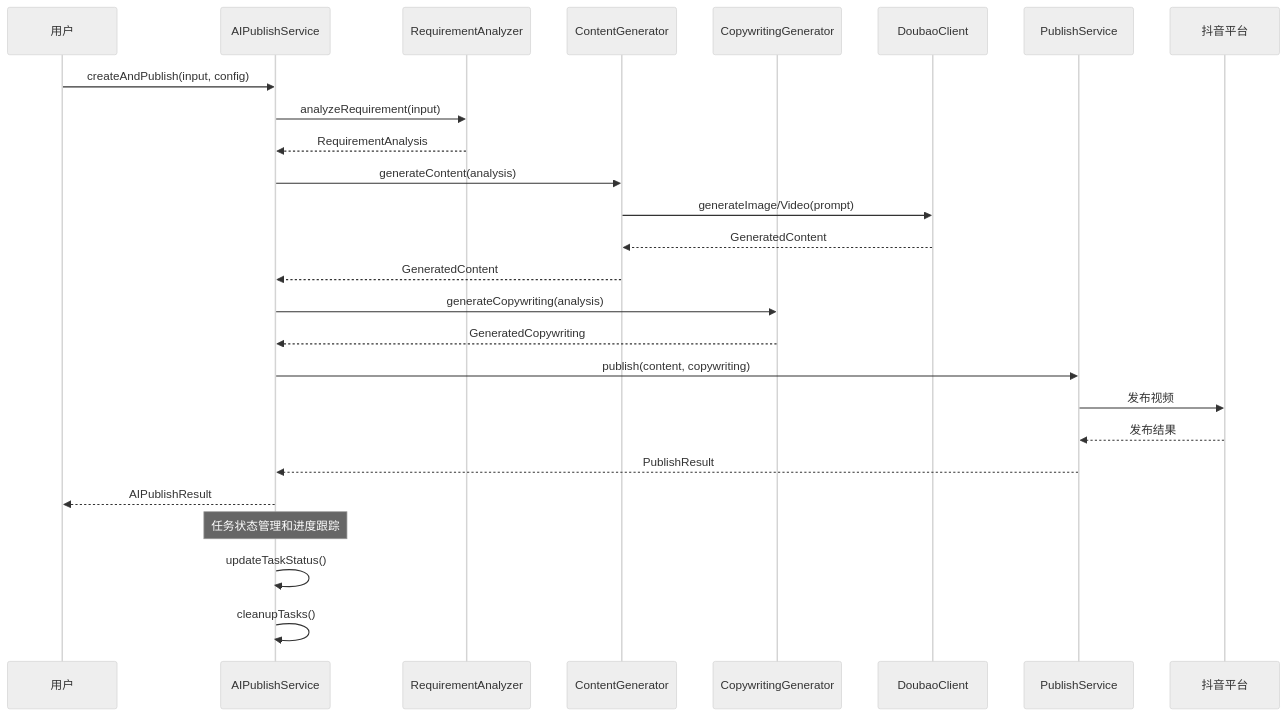
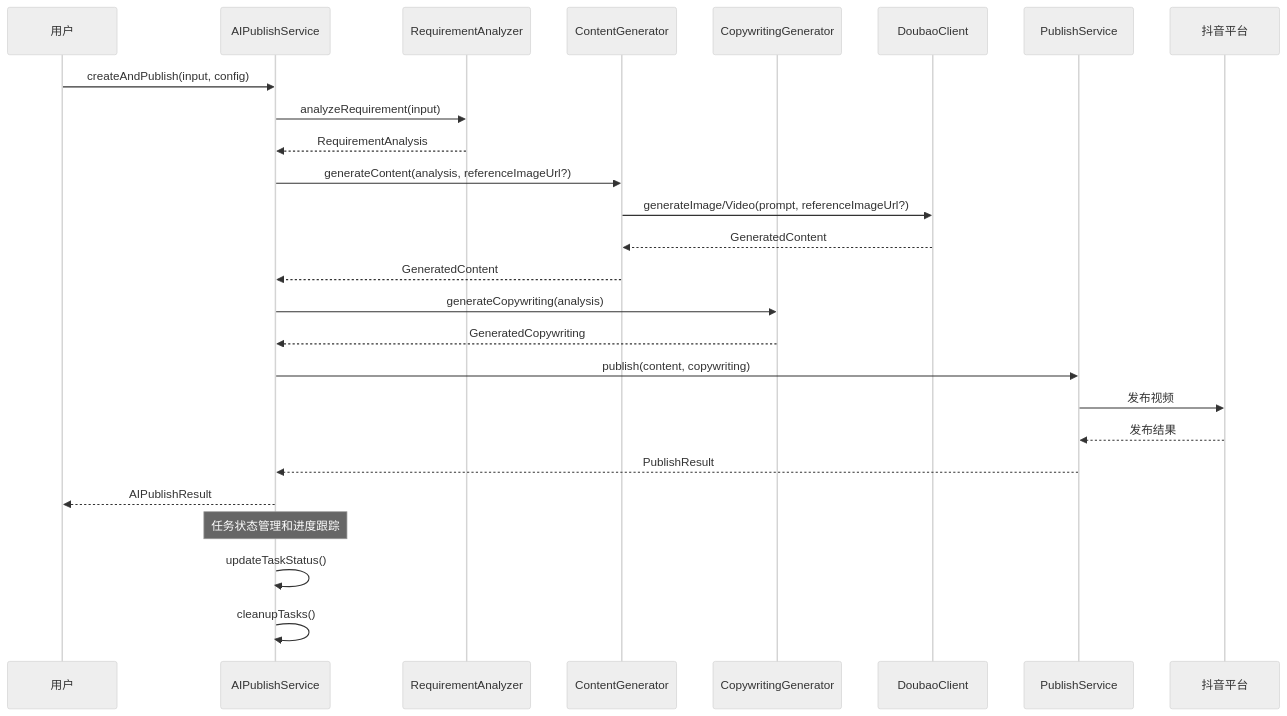
The eighth of 14 diagrams in .qoder/repowiki/zh/content/API客户端增强.md (songdiyang/clawOperations), drawn with Mermaid (neutral theme) before and after one commit. The commit also changed other lines of this file and 7 other files, not shown here.

````diff
--- a/.qoder/repowiki/zh/content/API客户端增强.md
+++ b/.qoder/repowiki/zh/content/API客户端增强.md
@@ -367,28 +391,28 @@
 ```mermaid
 sequenceDiagram
 participant User as 用户
 participant AI as AIPublishService
 participant Analyzer as RequirementAnalyzer
 participant Generator as ContentGenerator
 participant Copywriter as CopywritingGenerator
 participant Doubao as DoubaoClient
 participant Publisher as PublishService
 participant Douyin as 抖音平台
 User->>AI : createAndPublish(input, config)
 AI->>Analyzer : analyzeRequirement(input)
 Analyzer-->>AI : RequirementAnalysis
-AI->>Generator : generateContent(analysis)
-Generator->>Doubao : generateImage/Video(prompt)
+AI->>Generator : generateContent(analysis, referenceImageUrl?)
+Generator->>Doubao : generateImage/Video(prompt, referenceImageUrl?)
 Doubao-->>Generator : GeneratedContent
 Generator-->>AI : GeneratedContent
 AI->>Copywriter : generateCopywriting(analysis)
 Copywriter-->>AI : GeneratedCopywriting
 AI->>Publisher : publish(content, copywriting)
 Publisher->>Douyin : 发布视频
 Douyin-->>Publisher : 发布结果
 Publisher-->>AI : PublishResult
 AI-->>User : AIPublishResult
 Note over AI : 任务状态管理和进度跟踪
 AI->>AI : updateTaskStatus()
 AI->>AI : cleanupTasks()
 ```
````
